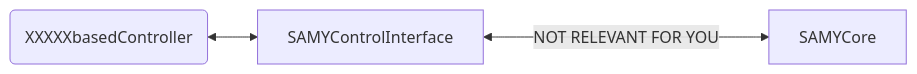
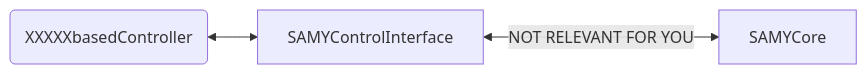
The diagram in README.md (TW-Robotics/SAMYControl), drawn with Mermaid before and after one commit. The commit also changed other lines of this file, not shown here.

````diff
--- a/README.md
+++ b/README.md
@@ -20,4 +7,5 @@
 ```mermaid
 graph LR
-A(XXXXXbasedController) <-->B[SAMYControlInterface]<--->|NOT RELEVANT FOR YOU| C[SAMYCore]
+A(XXXXXbasedController) <--> B[SAMYControlInterface]
+B <--> |NOT RELEVANT FOR YOU| C[SAMYCore]
 ```
````
